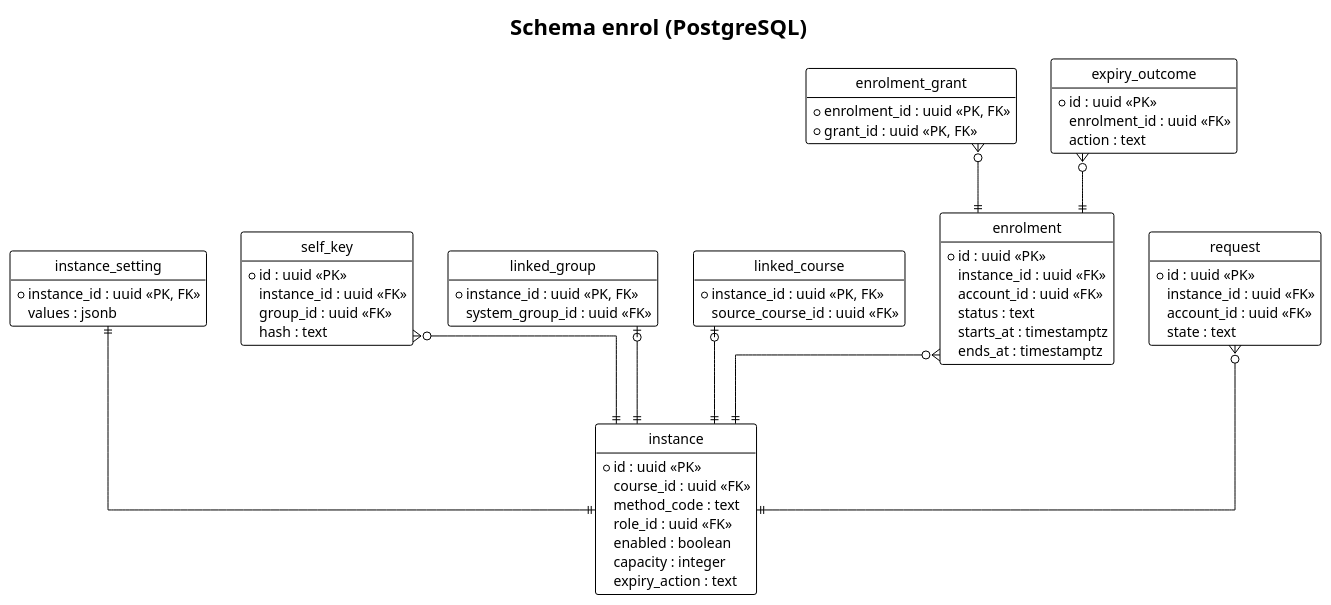
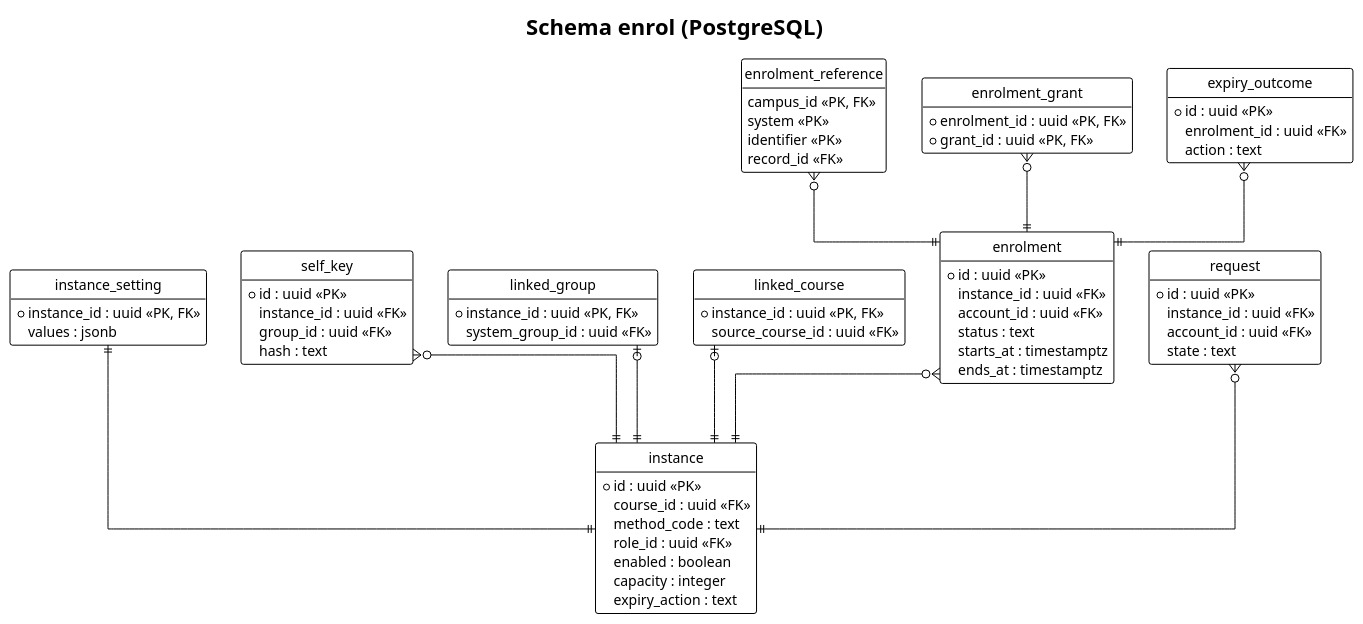
One commit to didactika/kampus changed the diagram in docs/03-design/data-model/enrolment.puml. Above: the diagram before and after it, drawn with PlantUML. The commit also changed 23 other files, not shown here.

```diff
--- a/docs/03-design/data-model/enrolment.puml
+++ b/docs/03-design/data-model/enrolment.puml
@@ -1,67 +1,74 @@
 @startuml
 !theme plain
 hide empty members
 hide circle
 skinparam linetype ortho
 title Schema enrol (PostgreSQL)
 
 entity instance {
   * id : uuid <<PK>>
   course_id : uuid <<FK>>
   method_code : text
   role_id : uuid <<FK>>
   enabled : boolean
   capacity : integer
   expiry_action : text
 }
 entity instance_setting {
   * instance_id : uuid <<PK, FK>>
   values : jsonb
 }
 entity self_key {
   * id : uuid <<PK>>
   instance_id : uuid <<FK>>
   group_id : uuid <<FK>>
   hash : text
 }
 entity linked_group {
   * instance_id : uuid <<PK, FK>>
   system_group_id : uuid <<FK>>
 }
 entity linked_course {
   * instance_id : uuid <<PK, FK>>
   source_course_id : uuid <<FK>>
 }
+entity enrolment_reference {
+  campus_id <<PK, FK>>
+  system <<PK>>
+  identifier <<PK>>
+  record_id <<FK>>
+}
 entity enrolment {
   * id : uuid <<PK>>
   instance_id : uuid <<FK>>
   account_id : uuid <<FK>>
   status : text
   starts_at : timestamptz
   ends_at : timestamptz
 }
 entity enrolment_grant {
   * enrolment_id : uuid <<PK, FK>>
   * grant_id : uuid <<PK, FK>>
 }
 entity request {
   * id : uuid <<PK>>
   instance_id : uuid <<FK>>
   account_id : uuid <<FK>>
   state : text
 }
 entity expiry_outcome {
   * id : uuid <<PK>>
   enrolment_id : uuid <<FK>>
   action : text
 }
 
 instance_setting ||--|| instance
 self_key }o--|| instance
 linked_group |o--|| instance
 linked_course |o--|| instance
 enrolment }o--|| instance
 enrolment_grant }o--|| enrolment
 request }o--|| instance
 expiry_outcome }o--|| enrolment
+enrolment_reference }o--|| enrolment
 @enduml
```
